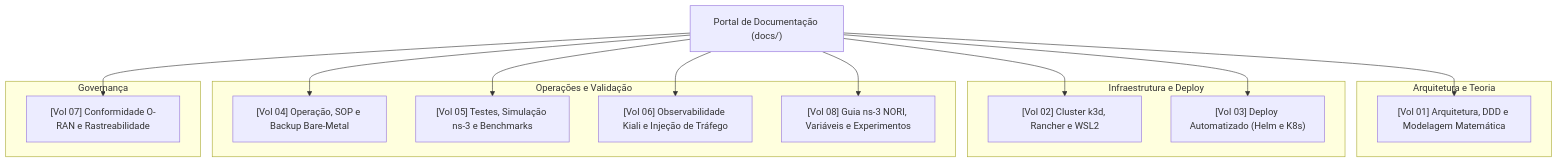
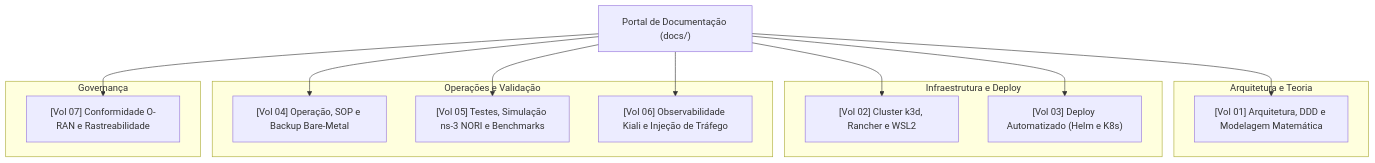
One commit to georgebarbosa3090/XApp-RDL-F1 changed the diagram in docs/README.md. Above: the diagram before and after it, drawn with Mermaid. The commit also changed other lines of this file and 4 other files, not shown here.

````diff
--- a/docs/README.md
+++ b/docs/README.md
@@ -16,33 +16,31 @@
 ```mermaid
 graph TD
     DOCS["Portal de Documentação (docs/)"]
     
     subgraph Core["Arquitetura e Teoria"]
         V01["[Vol 01] Arquitetura, DDD e Modelagem Matemática"]
     end
 
     subgraph InfraDeploy["Infraestrutura e Deploy"]
         V02["[Vol 02] Cluster k3d, Rancher e WSL2"]
         V03["[Vol 03] Deploy Automatizado (Helm e K8s)"]
     end
 
     subgraph OpsResilience["Operações e Validação"]
         V04["[Vol 04] Operação, SOP e Backup Bare-Metal"]
-        V05["[Vol 05] Testes, Simulação ns-3 e Benchmarks"]
+        V05["[Vol 05] Testes, Simulação ns-3 NORI e Benchmarks"]
         V06["[Vol 06] Observabilidade Kiali e Injeção de Tráfego"]
-        V08["[Vol 08] Guia ns-3 NORI, Variáveis e Experimentos"]
     end
 
     subgraph Compliance["Governança"]
         V07["[Vol 07] Conformidade O-RAN e Rastreabilidade"]
     end
 
     DOCS --> V01
     DOCS --> V02
     DOCS --> V03
     DOCS --> V04
     DOCS --> V05
     DOCS --> V06
     DOCS --> V07
-    DOCS --> V08
 ```
````
